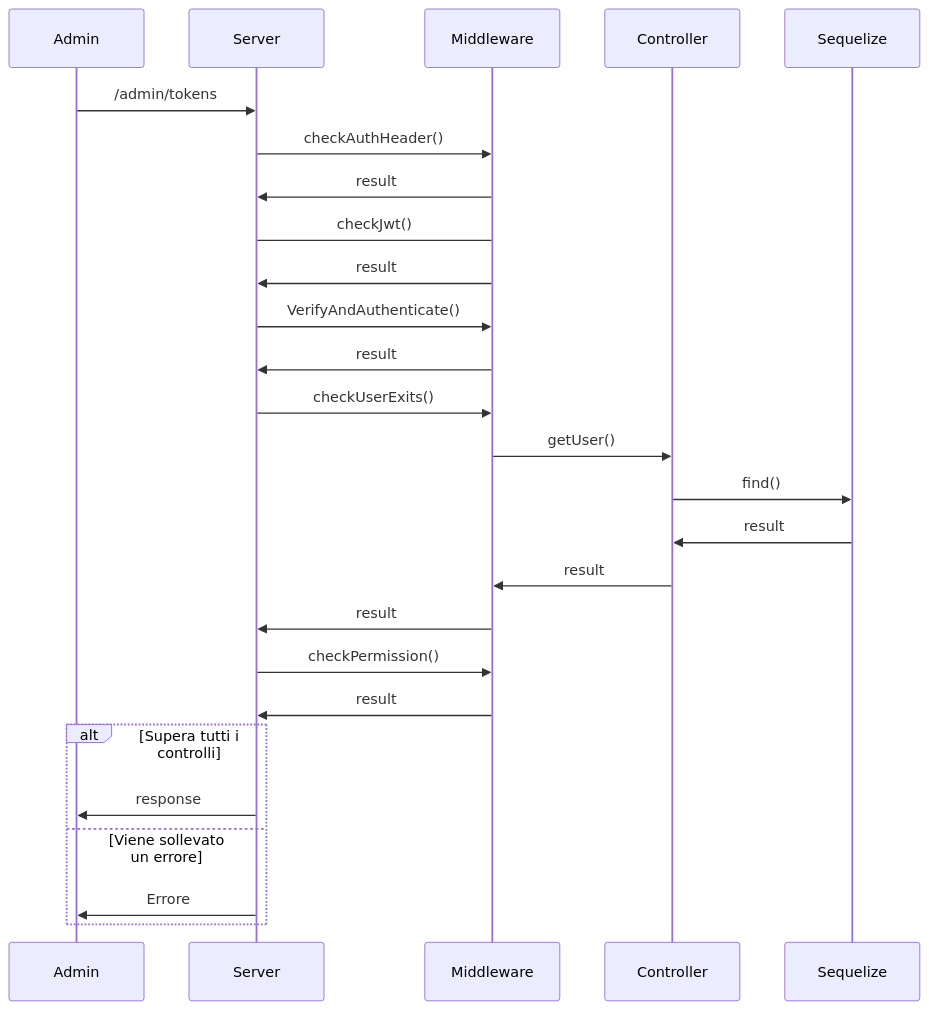
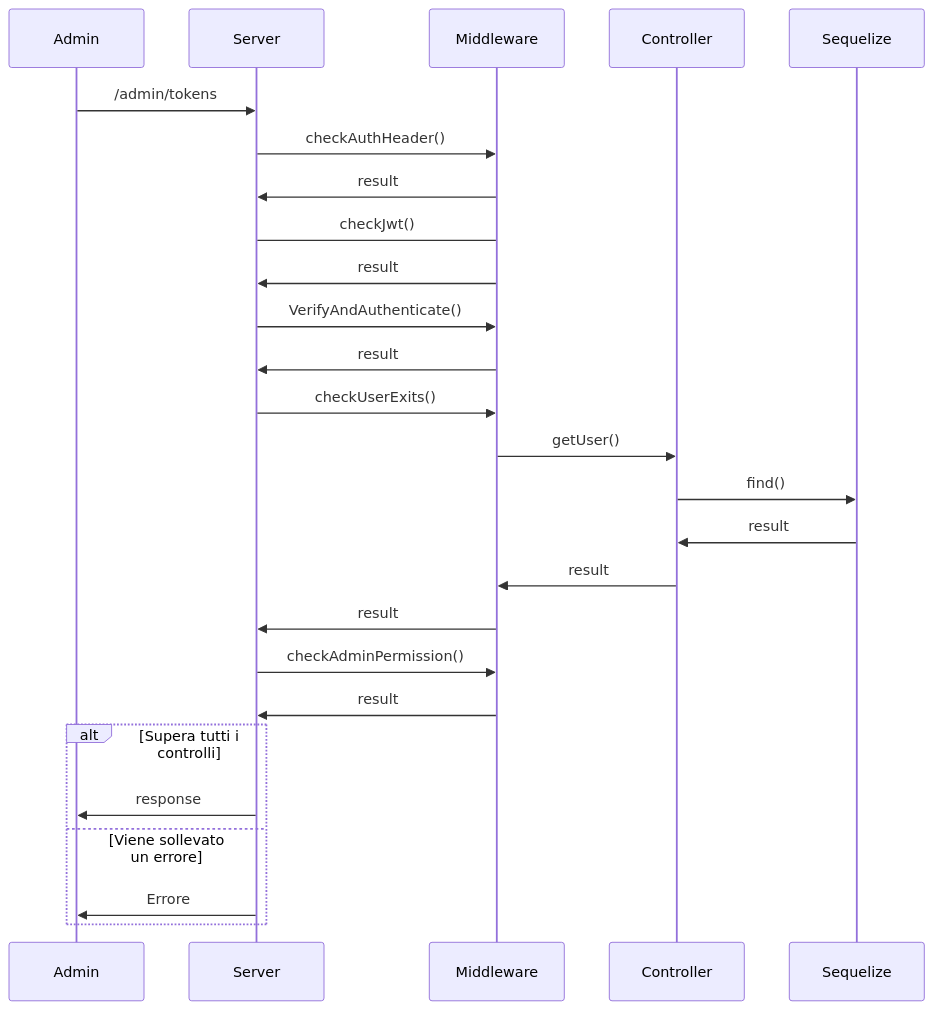
The fifth of 7 diagrams in README.md (AgneseBruglia/PA2024), drawn with Mermaid before and after one commit. The commit also changed other lines of this file, not shown here.

````diff
--- a/README.md
+++ b/README.md
@@ -262,25 +262,25 @@
 ```mermaid
 sequenceDiagram
     Admin->>Server: /admin/tokens
     actor Admin
     Server->>Middleware: checkAuthHeader()
     Middleware->>Server: result
     Server->Middleware: checkJwt()
     Middleware->>Server: result
     Server->>Middleware: VerifyAndAuthenticate() 
     Middleware->>Server: result
     Server->>Middleware: checkUserExits()
     Middleware->>Controller: getUser()
     Controller->>Sequelize: find()
     Sequelize->>Controller: result
     Controller->>Middleware: result
     Middleware->>Server: result 
-    Server->>Middleware: checkPermission()
+    Server->>Middleware: checkAdminPermission()
     Middleware->>Server: result 
     
     alt Supera tutti i controlli
         Server->>Admin: response
     else Viene sollevato un errore
         Server->>Admin: Errore
     end
 ```
````
